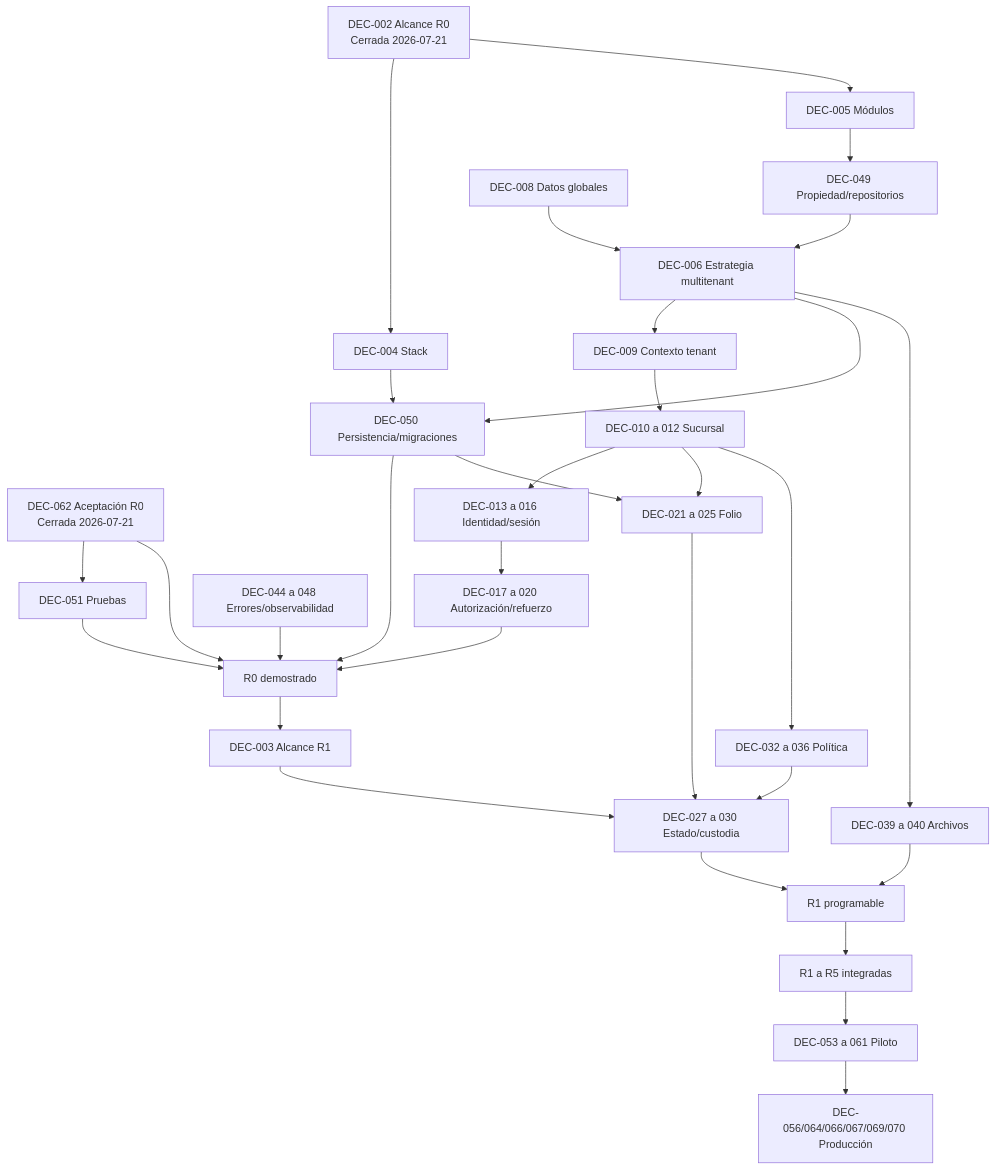
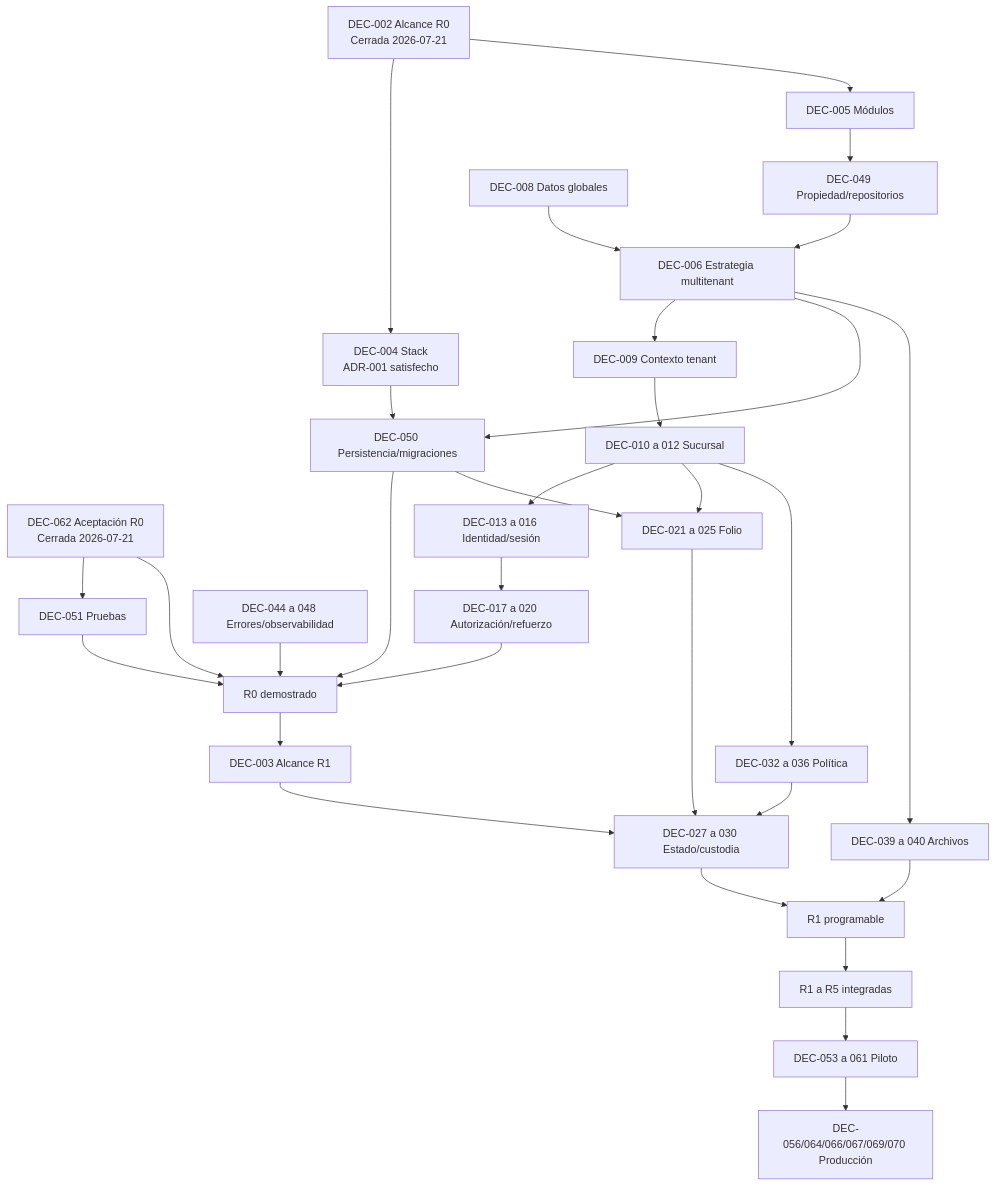
One commit to luisgtzaviles/SrTaller-2.0 changed the diagram in docs/architecture-readiness/blocker-closure/DEPENDENCIAS_ENTRE_DECISIONES.md. Above: the diagram before and after it, drawn with Mermaid. The commit also changed other lines of this file and 38 other files, not shown here.

````diff
--- a/docs/architecture-readiness/blocker-closure/DEPENDENCIAS_ENTRE_DECISIONES.md
+++ b/docs/architecture-readiness/blocker-closure/DEPENDENCIAS_ENTRE_DECISIONES.md
@@ -5,37 +5,37 @@
 ```mermaid
 flowchart TD
-    SCOPE[DEC-002 Alcance R0<br/>Cerrada 2026-07-21] --> STACK[DEC-004 Stack]
+    SCOPE[DEC-002 Alcance R0<br/>Cerrada 2026-07-21] --> STACK[DEC-004 Stack<br/>ADR-001 satisfecho]
     SCOPE --> MODULES[DEC-005 Módulos]
     ACCEPT[DEC-062 Aceptación R0<br/>Cerrada 2026-07-21] --> TEST[DEC-051 Pruebas]
     ACCEPT --> R0
     STACK --> DATA[DEC-050 Persistencia/migraciones]
     MODULES --> OWN[DEC-049 Propiedad/repositorios]
 
     GLOBAL[DEC-008 Datos globales] --> MT[DEC-006 Estrategia multitenant]
     OWN --> MT
     MT --> TC[DEC-009 Contexto tenant]
     TC --> BR[DEC-010 a 012 Sucursal]
     BR --> ID[DEC-013 a 016 Identidad/sesión]
     ID --> AUTH[DEC-017 a 020 Autorización/refuerzo]
     MT --> DATA
 
     TEST[DEC-051 Pruebas] --> R0[R0 demostrado]
     AUTH --> R0
     DATA --> R0
     OBS[DEC-044 a 048 Errores/observabilidad] --> R0
 
     R0 --> R1S[DEC-003 Alcance R1]
     BR --> FOLIO[DEC-021 a 025 Folio]
     DATA --> FOLIO
     R1S --> CUST[DEC-027 a 030 Estado/custodia]
     FOLIO --> CUST
     BR --> POLICY[DEC-032 a 036 Política]
     POLICY --> CUST
     MT --> FILES[DEC-039 a 040 Archivos]
     CUST --> R1[R1 programable]
     FILES --> R1
 
     R1 --> MVP[R1 a R5 integradas]
     MVP --> PILOT[DEC-053 a 061 Piloto]
     PILOT --> PROD[DEC-056/064/066/067/069/070 Producción]
 ```
````
